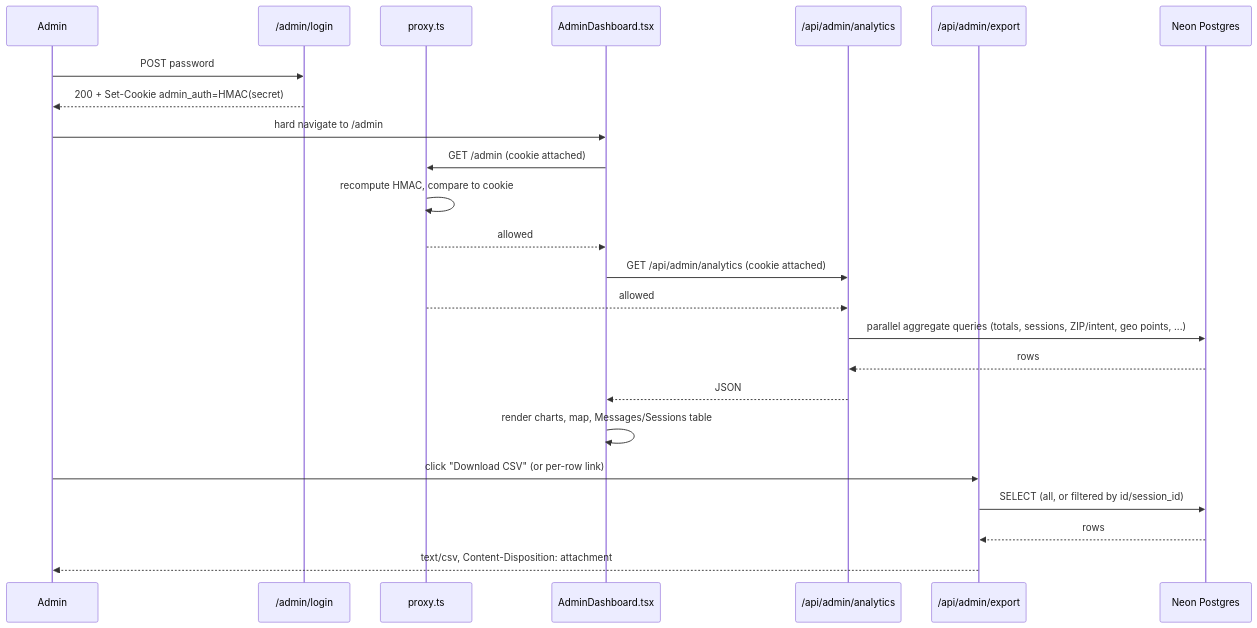
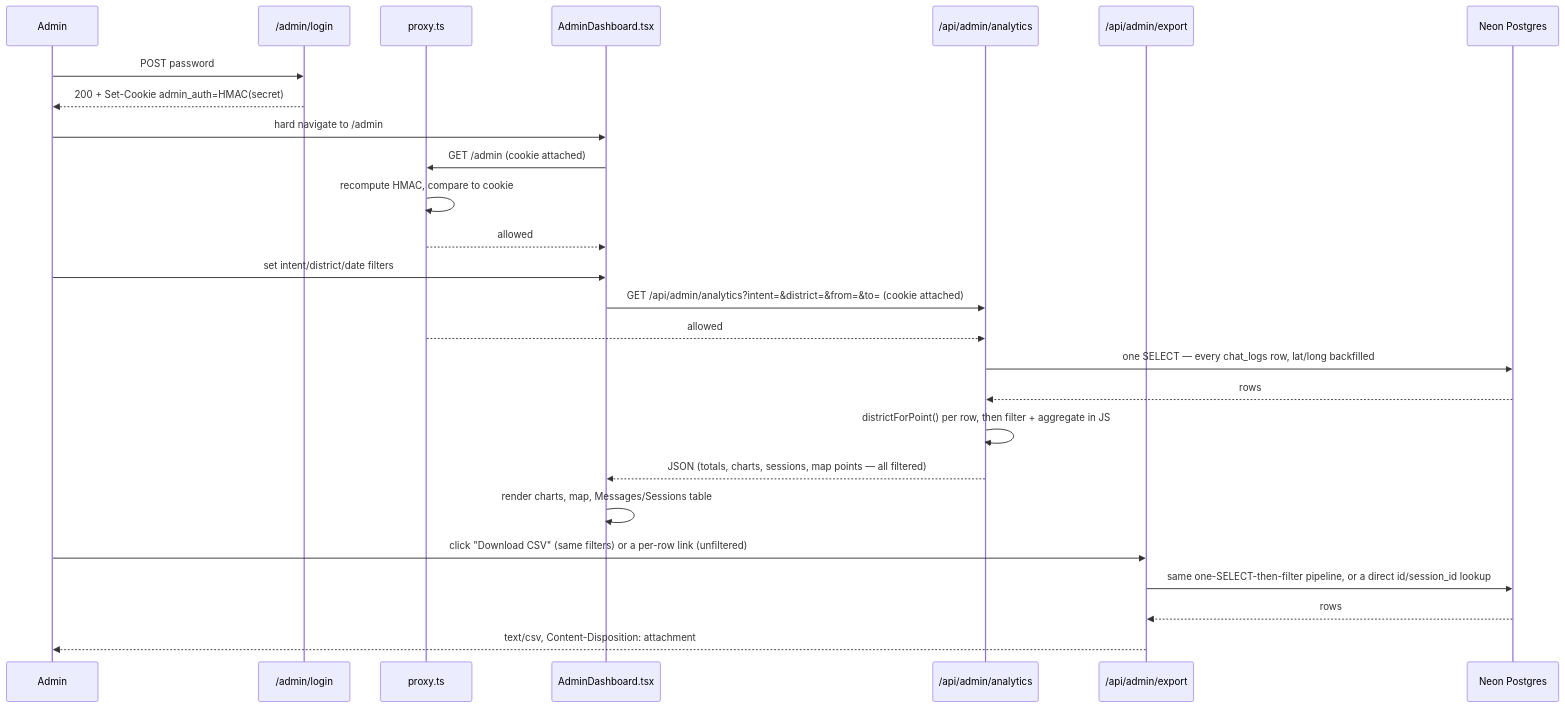
The third of 3 diagrams in ARCHITECTURE.md (HRAAdvisors/cc-chatbot-dev), drawn with Mermaid before and after one commit. The commit also changed other lines of this file and 8 other files, not shown here.

Commit message:
Updtaed admin dashboard

````diff
--- a/ARCHITECTURE.md
+++ b/ARCHITECTURE.md
@@ -182,27 +189,29 @@
 ```mermaid
 sequenceDiagram
     participant Admin
     participant Login as /admin/login
     participant Proxy as proxy.ts
     participant Dashboard as AdminDashboard.tsx
     participant Analytics as /api/admin/analytics
     participant Export as /api/admin/export
     participant DB as Neon Postgres
 
     Admin->>Login: POST password
     Login-->>Admin: 200 + Set-Cookie admin_auth=HMAC(secret)
     Admin->>Dashboard: hard navigate to /admin
     Dashboard->>Proxy: GET /admin (cookie attached)
     Proxy->>Proxy: recompute HMAC, compare to cookie
     Proxy-->>Dashboard: allowed
-    Dashboard->>Analytics: GET /api/admin/analytics (cookie attached)
+    Admin->>Dashboard: set intent/district/date filters
+    Dashboard->>Analytics: GET /api/admin/analytics?intent=&district=&from=&to= (cookie attached)
     Proxy-->>Analytics: allowed
-    Analytics->>DB: parallel aggregate queries (totals, sessions, ZIP/intent, geo points, ...)
+    Analytics->>DB: one SELECT — every chat_logs row, lat/long backfilled
     DB-->>Analytics: rows
-    Analytics-->>Dashboard: JSON
+    Analytics->>Analytics: districtForPoint() per row, then filter + aggregate in JS
+    Analytics-->>Dashboard: JSON (totals, charts, sessions, map points — all filtered)
     Dashboard->>Dashboard: render charts, map, Messages/Sessions table
-    Admin->>Export: click "Download CSV" (or per-row link)
-    Export->>DB: SELECT (all, or filtered by id/session_id)
+    Admin->>Export: click "Download CSV" (same filters) or a per-row link (unfiltered)
+    Export->>DB: same one-SELECT-then-filter pipeline, or a direct id/session_id lookup
     DB-->>Export: rows
     Export-->>Admin: text/csv, Content-Disposition: attachment
 ```
````
